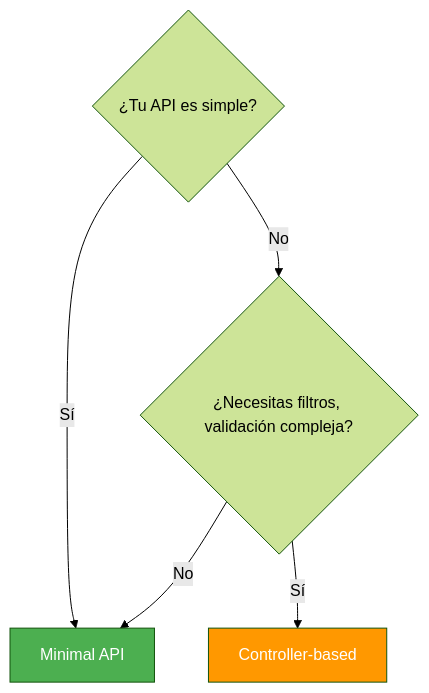
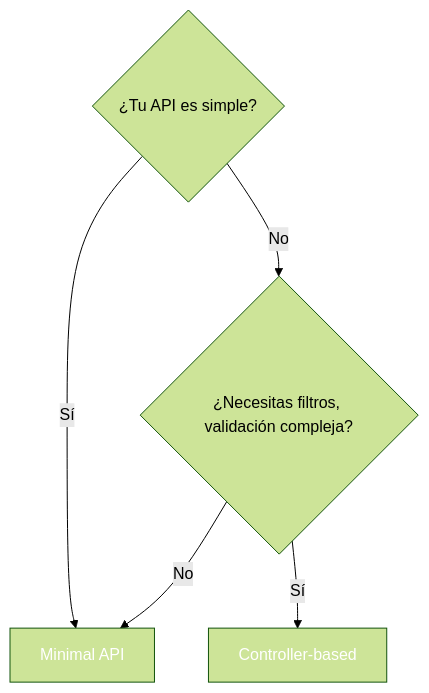
One commit to joseluisgs/DesarrolloWebEntornosServidor-02-2026-2027 changed the second of 4 diagrams in 03-minimal-apis.md. Above: the diagram before and after it, drawn with Mermaid (forest theme). The commit also changed other lines of this file and 41 other files, not shown here.

````diff
--- a/03-minimal-apis.md
+++ b/03-minimal-apis.md
@@ -87,9 +87,9 @@
 ```mermaid
 flowchart TD
     A{"¿Tu API es simple?"} -->|Sí| B["Minimal API"]
     A -->|No| C{"¿Necesitas filtros, validación compleja?"}
     C -->|No| B
     C -->|Sí| D["Controller-based"]
-    style B fill:#4CAF50,color:#fff
-    style D fill:#FF9800,color:#fff
+    style B fill:#4CAF5,color:#fff0,color:#fff
+    style D fill:#FF980,color:#fff0,color:#fff
 ```
````
